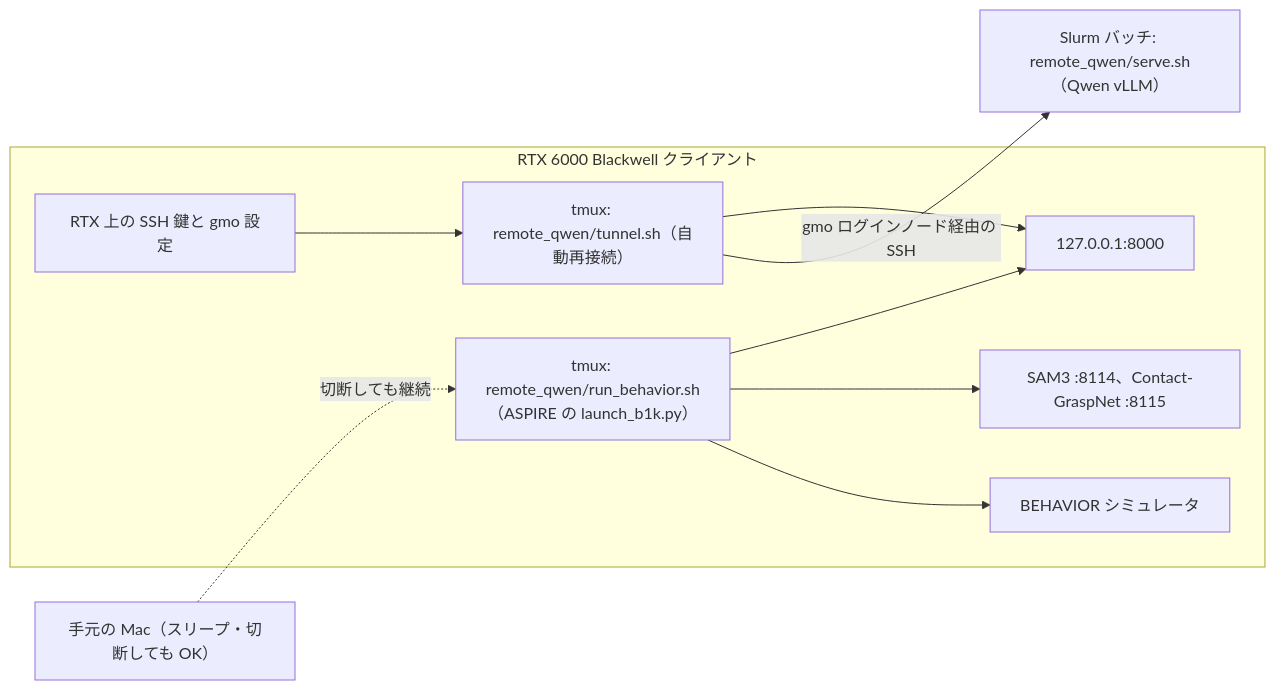
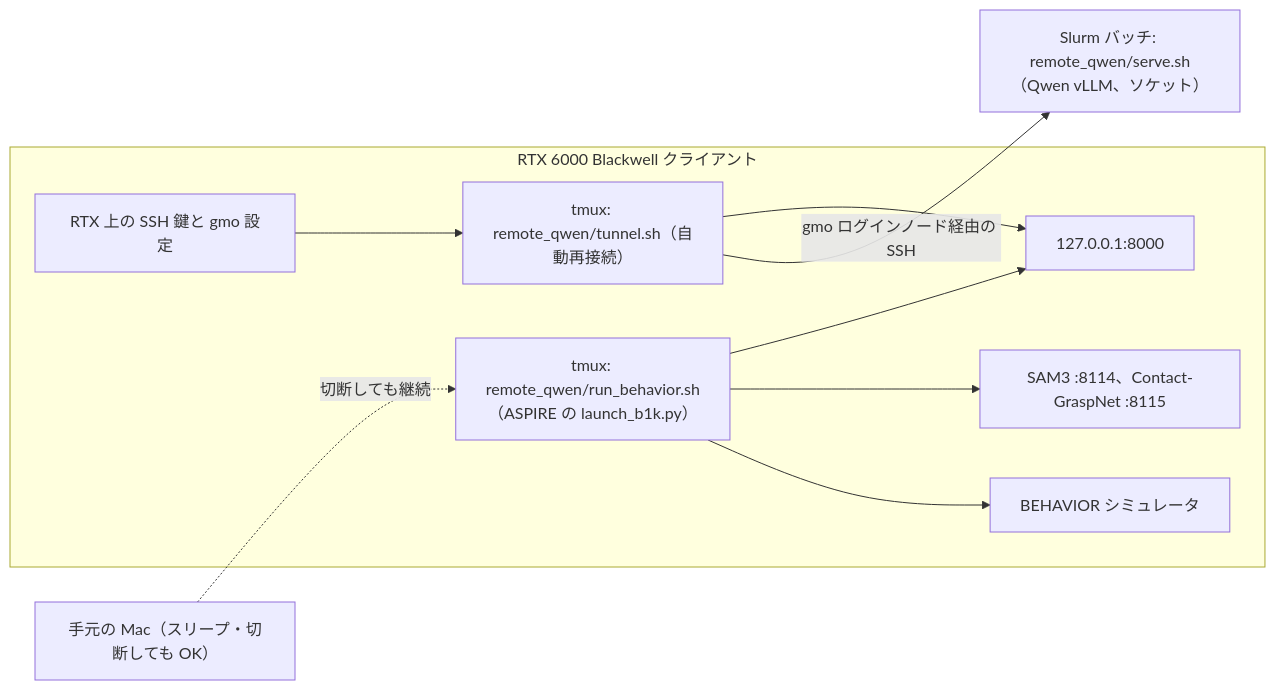
Before and after one commit to matsuolab/geniac_prize_2026_baseline: the diagram in docs/remote_qwen.md, drawn with Mermaid. The commit also changed other lines of this file and 2 other files, not shown here.

First line of the commit message:
Start the remote Qwen server in a network namespace, with an owner-only socket

````diff
--- a/docs/remote_qwen.md
+++ b/docs/remote_qwen.md
@@ -10,13 +10,13 @@
 ```mermaid
 flowchart LR
     O["手元の Mac（スリープ・切断しても OK）"]
     subgraph RTX["RTX 6000 Blackwell クライアント"]
       C["tmux: remote_qwen/run_behavior.sh（ASPIRE の launch_b1k.py）"] --> L["127.0.0.1:8000"]
       C --> P["SAM3 :8114、Contact-GraspNet :8115"]
       C --> S["BEHAVIOR シミュレータ"]
       K["RTX 上の SSH 鍵と gmo 設定"] --> T["tmux: remote_qwen/tunnel.sh（自動再接続）"]
       T --> L
     end
     O -. "切断しても継続" .-> C
-    T -- "gmo ログインノード経由の SSH" --> Q["Slurm バッチ: remote_qwen/serve.sh（Qwen vLLM）"]
+    T -- "gmo ログインノード経由の SSH" --> Q["Slurm バッチ: remote_qwen/serve.sh（Qwen vLLM、ソケット）"]
 ```
````
